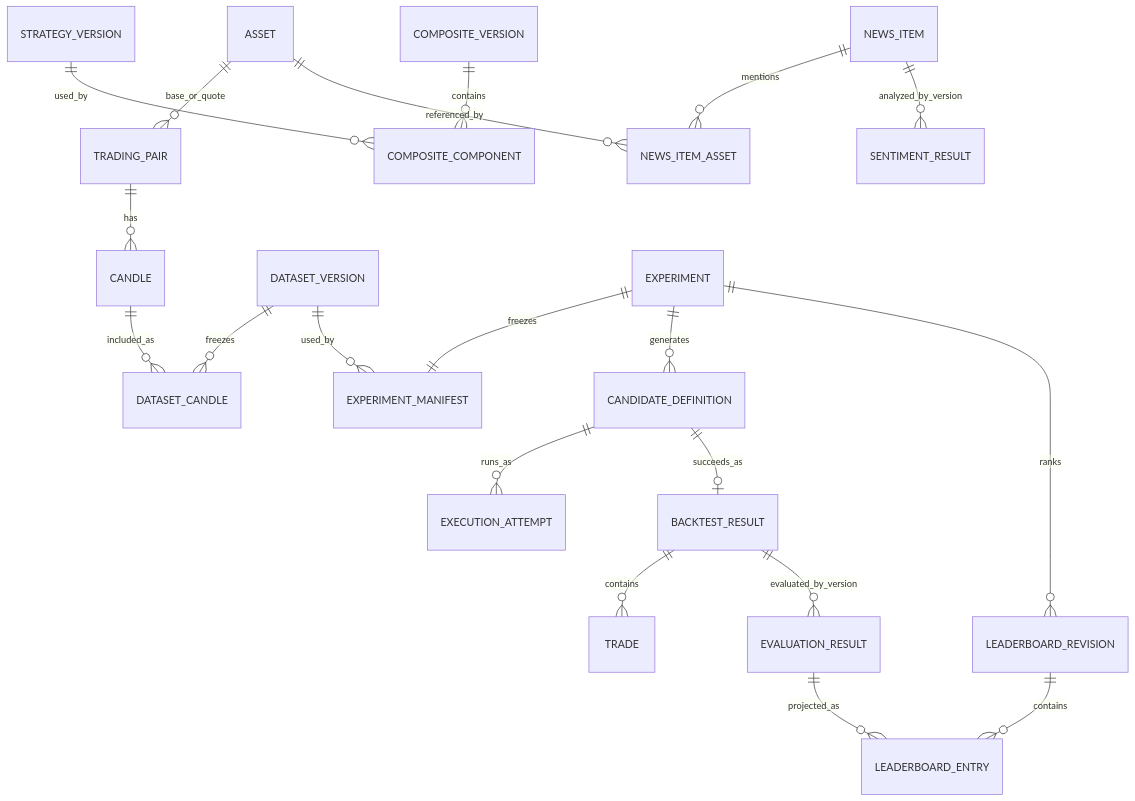
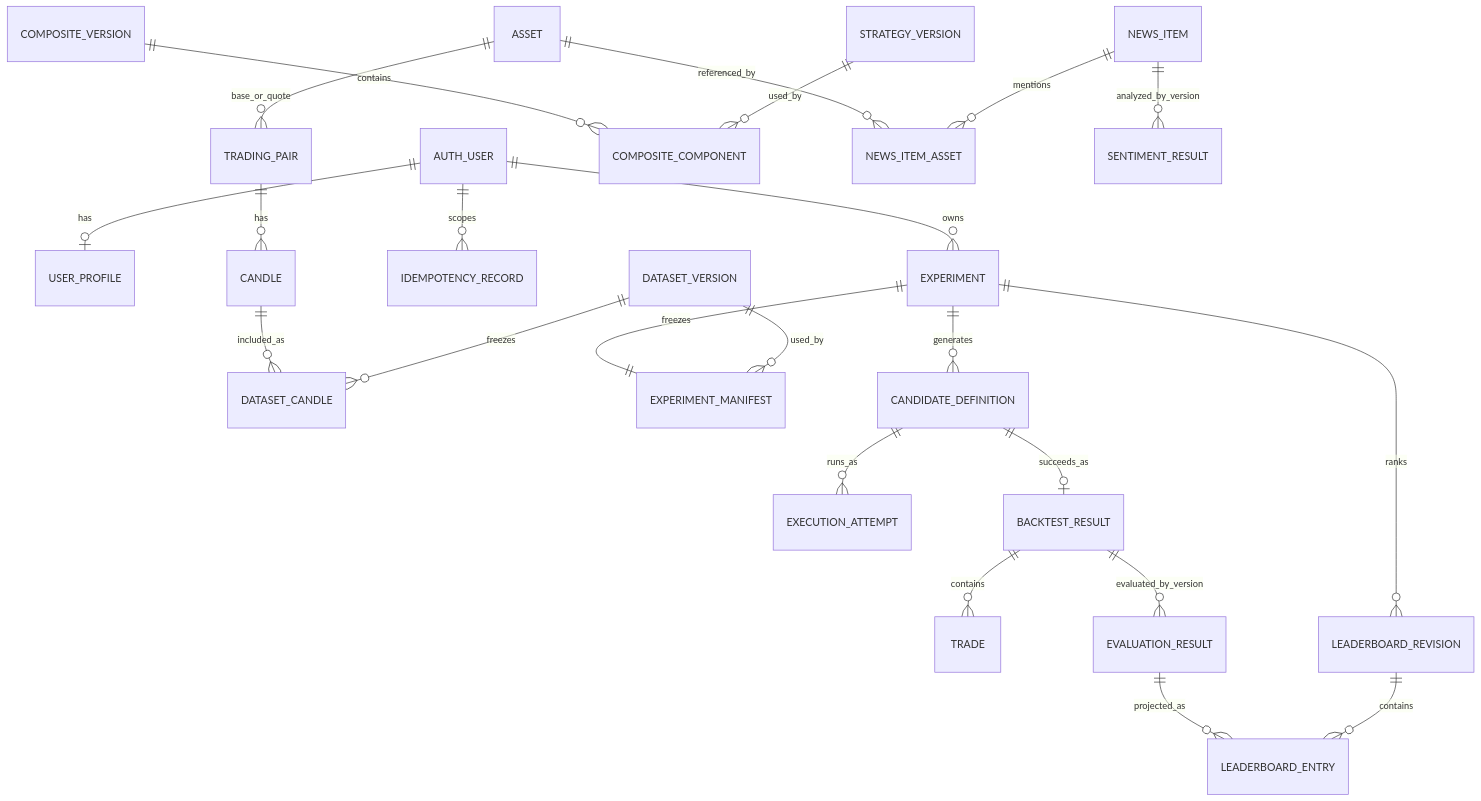
The diagram in docs/database/erd.md (PhamVanMinhBinhThuan/crypto-strategy-platform), drawn with Mermaid before and after one commit. The commit also changed other lines of this file and 11 other files, not shown here.

````diff
--- a/docs/database/erd.md
+++ b/docs/database/erd.md
@@ -18,25 +18,28 @@
 ```mermaid
 erDiagram
+    AUTH_USER ||--o| USER_PROFILE : has
+    AUTH_USER ||--o{ EXPERIMENT : owns
+    AUTH_USER ||--o{ IDEMPOTENCY_RECORD : scopes
     ASSET ||--o{ TRADING_PAIR : base_or_quote
     TRADING_PAIR ||--o{ CANDLE : has
     DATASET_VERSION ||--o{ DATASET_CANDLE : freezes
     CANDLE ||--o{ DATASET_CANDLE : included_as
 
     STRATEGY_VERSION ||--o{ COMPOSITE_COMPONENT : used_by
     COMPOSITE_VERSION ||--o{ COMPOSITE_COMPONENT : contains
 
     DATASET_VERSION ||--o{ EXPERIMENT_MANIFEST : used_by
     EXPERIMENT ||--|| EXPERIMENT_MANIFEST : freezes
     EXPERIMENT ||--o{ CANDIDATE_DEFINITION : generates
     CANDIDATE_DEFINITION ||--o{ EXECUTION_ATTEMPT : runs_as
     CANDIDATE_DEFINITION ||--o| BACKTEST_RESULT : succeeds_as
     BACKTEST_RESULT ||--o{ TRADE : contains
     BACKTEST_RESULT ||--o{ EVALUATION_RESULT : evaluated_by_version
     EXPERIMENT ||--o{ LEADERBOARD_REVISION : ranks
     LEADERBOARD_REVISION ||--o{ LEADERBOARD_ENTRY : contains
     EVALUATION_RESULT ||--o{ LEADERBOARD_ENTRY : projected_as
 
     NEWS_ITEM ||--o{ NEWS_ITEM_ASSET : mentions
     ASSET ||--o{ NEWS_ITEM_ASSET : referenced_by
     NEWS_ITEM ||--o{ SENTIMENT_RESULT : analyzed_by_version
 ```
````
